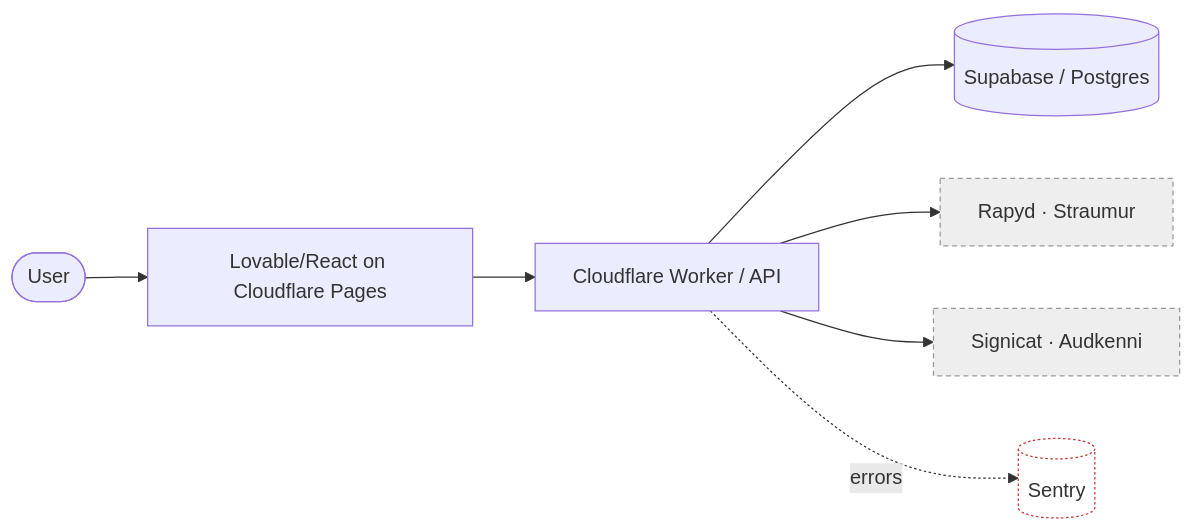
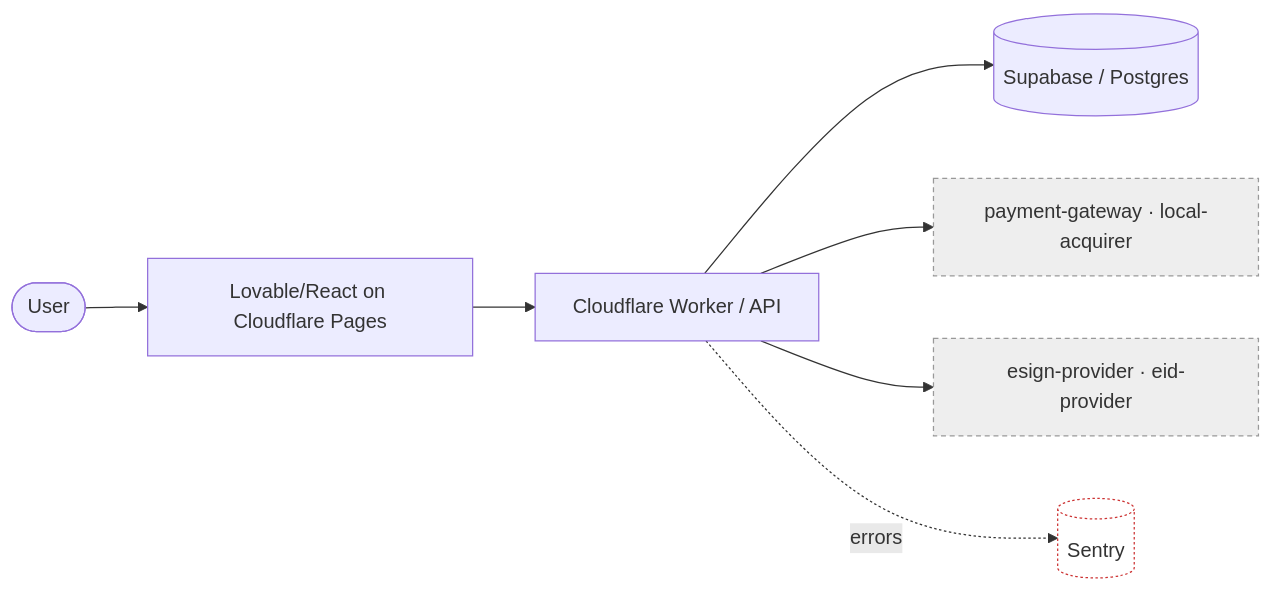
One commit to kamiljan11/coding-higher-mind changed the diagram in plugins/higher-mind-skills/skills/architecture-advisor/references/deliverable-templates.md. Above: the diagram before and after it, drawn with Mermaid. The commit also changed 44 other files, not shown here.

````diff
--- a/plugins/higher-mind-skills/skills/architecture-advisor/references/deliverable-templates.md
+++ b/plugins/higher-mind-skills/skills/architecture-advisor/references/deliverable-templates.md
@@ -100,11 +100,11 @@
 ```mermaid
 flowchart LR
     User([User]) --> Web[Lovable/React on Cloudflare Pages]
     Web --> API[Cloudflare Worker / API]
     API --> DB[(Supabase / Postgres)]
-    API --> Pay[Rapyd · Straumur]:::ext
-    API --> ID[Signicat · Audkenni]:::ext
+    API --> Pay[payment-gateway · local-acquirer]:::ext
+    API --> ID[esign-provider · eid-provider]:::ext
     API -. errors .-> Sentry[(Sentry)]:::obs
     classDef ext fill:#eee,stroke:#999,stroke-dasharray:4 3;
     classDef obs fill:#fff,stroke:#c33,stroke-dasharray:2 2;
 ```
````
